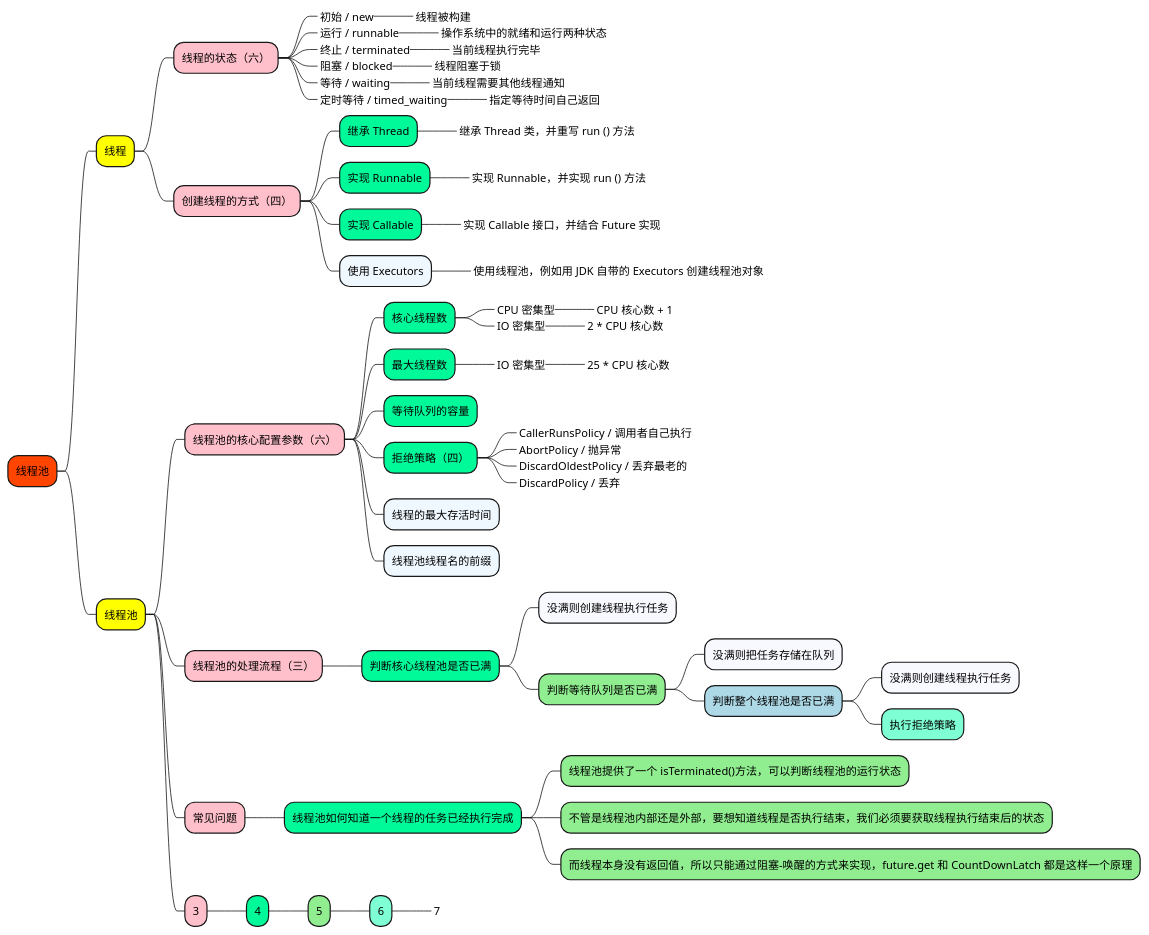
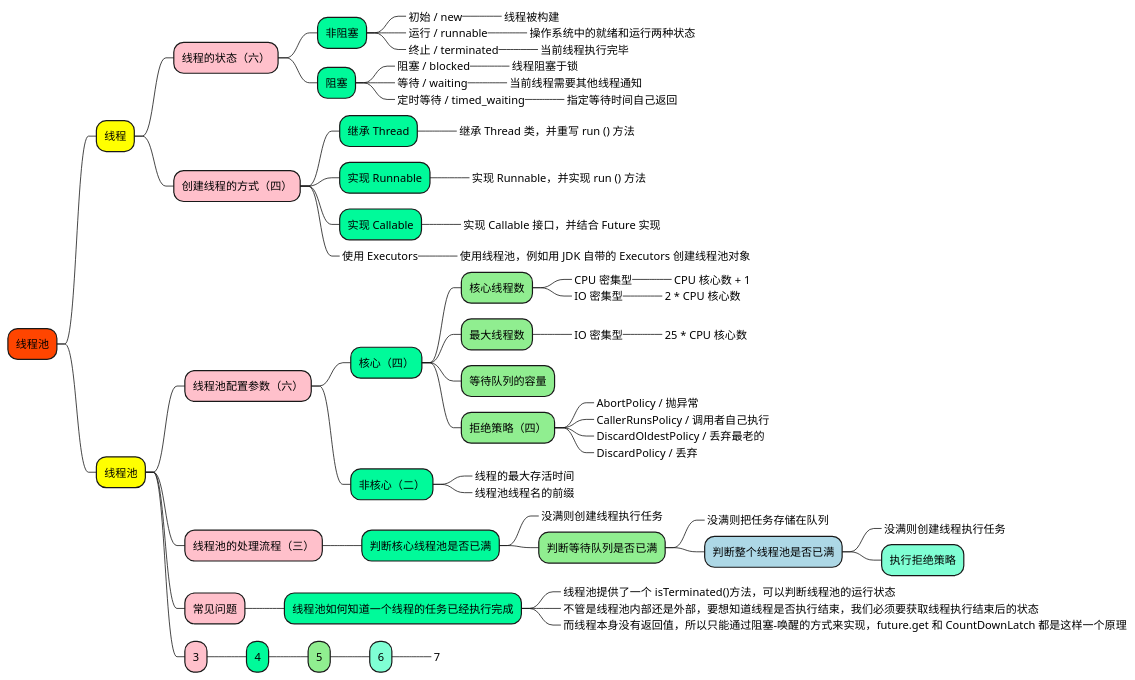
Before and after one commit to doveg/self-cultivation-of-a-software-engineer: the diagram in 1_map/1-java/Thread-pool.puml, drawn with PlantUML. The commit also changed 26 other files, not shown here.

```diff
--- a/1_map/1-java/Thread-pool.puml
+++ b/1_map/1-java/Thread-pool.puml
@@ -1,87 +1,99 @@
 @startmindmap
 
 +[#OrangeRed] 线程池
 
 ++[#yellow] 线程
 
 +++[#Pink] 线程的状态（六）
 
-++++[#AliceBlue]_ 初始 / new
-+++++[#GhostWhite]_ 线程被构建
-++++[#AliceBlue]_ 运行 / runnable
-+++++[#GhostWhite]_ 操作系统中的就绪和运行两种状态
-++++[#AliceBlue]_ 终止 / terminated
-+++++[#GhostWhite]_ 当前线程执行完毕
-++++[#AliceBlue]_ 阻塞 / blocked
-+++++[#GhostWhite]_ 线程阻塞于锁
-++++[#AliceBlue]_ 等待 / waiting
-+++++[#GhostWhite]_ 当前线程需要其他线程通知
-++++[#AliceBlue]_ 定时等待 / timed_waiting
-+++++[#GhostWhite]_ 指定等待时间自己返回
+++++[#MediumSpringGreen] 非阻塞
+
++++++[#LightGreen]_ 初始 / new
+++++++[#Aquamarine]_ 线程被构建
++++++[#LightGreen]_ 运行 / runnable
+++++++[#Aquamarine]_ 操作系统中的就绪和运行两种状态
++++++[#LightGreen]_ 终止 / terminated
+++++++[#Aquamarine]_ 当前线程执行完毕
+
+++++[#MediumSpringGreen] 阻塞
+
++++++[#LightGreen]_ 阻塞 / blocked
+++++++[#Aquamarine]_ 线程阻塞于锁
++++++[#LightGreen]_ 等待 / waiting
+++++++[#Aquamarine]_ 当前线程需要其他线程通知
++++++[#LightGreen]_ 定时等待 / timed_waiting
+++++++[#Aquamarine]_ 指定等待时间自己返回
 
 
 +++[#Pink] 创建线程的方式（四）
 
 ++++[#MediumSpringGreen] 继承 Thread
-+++++[#GhostWhite]_ 继承 Thread 类，并重写 run () 方法
++++++[#LightGreen]_ 继承 Thread 类，并重写 run () 方法
 ++++[#MediumSpringGreen] 实现 Runnable
-+++++[#GhostWhite]_ 实现 Runnable，并实现 run () 方法
++++++[#LightGreen]_ 实现 Runnable，并实现 run () 方法
 ++++[#MediumSpringGreen] 实现 Callable
-+++++[#GhostWhite]_ 实现 Callable 接口，并结合 Future 实现
-++++[#AliceBlue] 使用 Executors
-+++++[#GhostWhite]_ 使用线程池，例如用 JDK 自带的 Executors 创建线程池对象
++++++[#LightGreen]_ 实现 Callable 接口，并结合 Future 实现
+++++[#AliceBlue]_ 使用 Executors
++++++[#LightGreen]_ 使用线程池，例如用 JDK 自带的 Executors 创建线程池对象
 
 
 ++[#yellow] 线程池
 
-+++[#Pink] 线程池的核心配置参数（六）
++++[#Pink] 线程池配置参数（六）
 
-++++[#MediumSpringGreen] 核心线程数
-+++++[#LightGreen]_ CPU 密集型
-++++++[#Aquamarine]_ CPU 核心数 + 1
-+++++[#LightGreen]_ IO 密集型
-++++++[#Aquamarine]_ 2 * CPU 核心数
+++++[#MediumSpringGreen] 核心（四）
 
-++++[#MediumSpringGreen] 最大线程数
-+++++[#LightGreen]_ IO 密集型
-++++++[#Aquamarine]_ 25 * CPU 核心数
++++++[#LightGreen] 核心线程数
+++++++[#Aquamarine]_ CPU 密集型
++++++++[#Aquamarine]_ CPU 核心数 + 1
+++++++[#Aquamarine]_ IO 密集型
++++++++[#Aquamarine]_ 2 * CPU 核心数
 
-++++[#MediumSpringGreen] 等待队列的容量
++++++[#LightGreen] 最大线程数
+++++++[#Aquamarine]_ IO 密集型
++++++++[#Aquamarine]_ 25 * CPU 核心数
 
-++++[#MediumSpringGreen] 拒绝策略（四）
-+++++[#LightGreen]_ CallerRunsPolicy / 调用者自己执行
-+++++[#LightGreen]_ AbortPolicy / 抛异常
-+++++[#LightGreen]_ DiscardOldestPolicy / 丢弃最老的
-+++++[#LightGreen]_ DiscardPolicy / 丢弃
++++++[#LightGreen] 等待队列的容量
 
-++++[#AliceBlue] 线程的最大存活时间
-++++[#AliceBlue] 线程池线程名的前缀
++++++[#LightGreen] 拒绝策略（四）
+++++++[#Aquamarine]_ AbortPolicy / 抛异常
+++++++[#Aquamarine]_ CallerRunsPolicy / 调用者自己执行
+++++++[#Aquamarine]_ DiscardOldestPolicy / 丢弃最老的
+++++++[#Aquamarine]_ DiscardPolicy / 丢弃
+
+++++[#MediumSpringGreen] 非核心（二）
+
++++++[#LightGreen]_ 线程的最大存活时间
++++++[#LightGreen]_ 线程池线程名的前缀
 
 
 +++[#Pink] 线程池的处理流程（三）
 
 ++++[#MediumSpringGreen] 判断核心线程池是否已满
-+++++[#GhostWhite] 没满则创建线程执行任务
++++++[#GhostWhite]_ 没满则创建线程执行任务
 +++++[#LightGreen] 判断等待队列是否已满
-++++++[#GhostWhite] 没满则把任务存储在队列
+++++++[#GhostWhite]_ 没满则把任务存储在队列
 ++++++[#LightBlue] 判断整个线程池是否已满
-+++++++[#GhostWhite] 没满则创建线程执行任务
++++++++[#GhostWhite]_ 没满则创建线程执行任务
 +++++++[#Aquamarine] 执行拒绝策略
 
 +++[#Pink] 常见问题
 
 ++++[#MediumSpringGreen] 线程池如何知道一个线程的任务已经执行完成
-+++++[#LightGreen] 线程池提供了一个 isTerminated()方法，可以判断线程池的运行状态
-+++++[#LightGreen] 不管是线程池内部还是外部，要想知道线程是否执行结束，我们必须要获取线程执行结束后的状态
-+++++[#LightGreen] 而线程本身没有返回值，所以只能通过阻塞-唤醒的方式来实现，future.get 和 CountDownLatch 都是这样一个原理
++++++[#LightGreen]_ 线程池提供了一个 isTerminated()方法，可以判断线程池的运行状态
++++++[#LightGreen]_ 不管是线程池内部还是外部，要想知道线程是否执行结束，我们必须要获取线程执行结束后的状态
++++++[#LightGreen]_ 而线程本身没有返回值，所以只能通过阻塞-唤醒的方式来实现，future.get 和 CountDownLatch 都是这样一个原理
 
 
 +++[#Pink] 3
 
 ++++[#MediumSpringGreen] 4
 +++++[#LightGreen] 5
 ++++++[#Aquamarine] 6
 +++++++[#Aquamarine]_ 7
 
 
+
+
+
 @endmindmap
```
